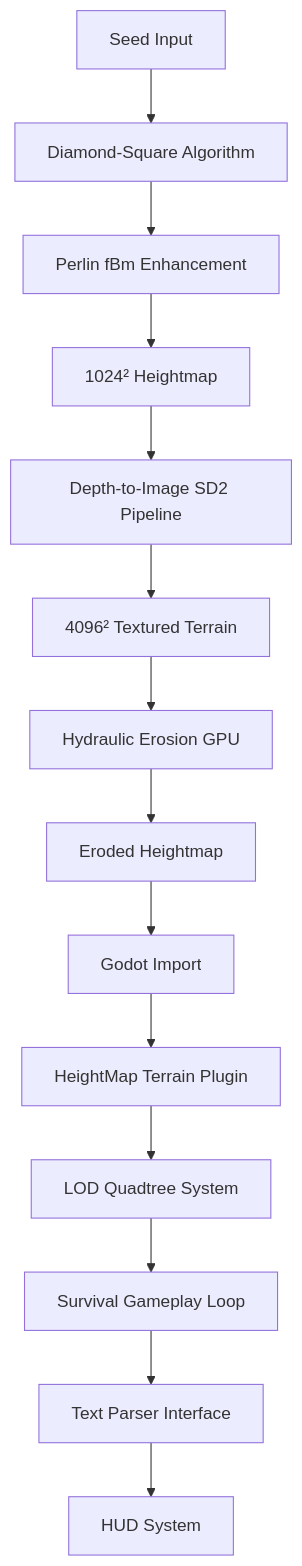
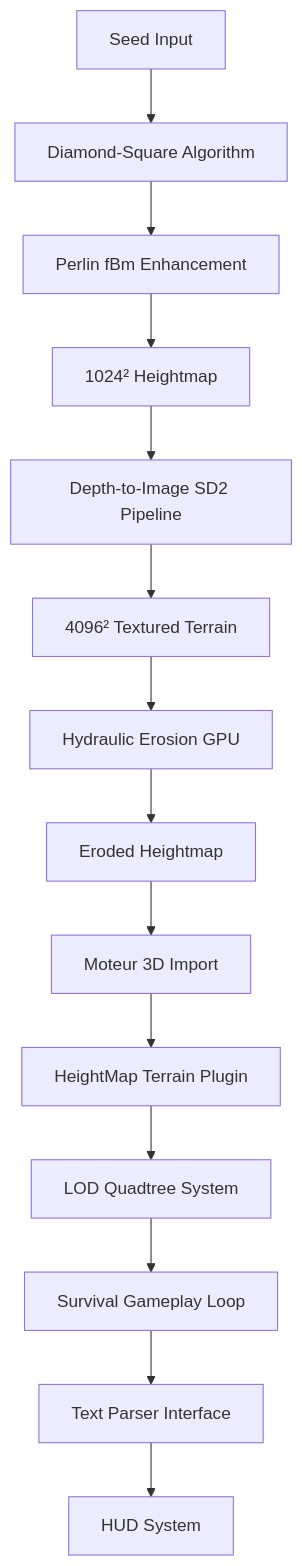
The diagram in AI_CODEBASE_HUB.md (habib256/wilderness), drawn with Mermaid before and after one commit. The commit also changed other lines of this file and 13 other files, not shown here.

````diff
--- a/AI_CODEBASE_HUB.md
+++ b/AI_CODEBASE_HUB.md
@@ -43,20 +43,20 @@
 ```mermaid
 graph TD
     A["Seed Input"] --> B["Diamond-Square Algorithm"]
     B --> C["Perlin fBm Enhancement"]
     C --> D["1024² Heightmap"]
     
     D --> E["Depth-to-Image SD2 Pipeline"]
     E --> F["4096² Textured Terrain"]
     
     F --> G["Hydraulic Erosion GPU"]
     G --> H["Eroded Heightmap"]
     
-    H --> I["Godot Import"]
+    H --> I["Moteur 3D Import"]
     I --> J["HeightMap Terrain Plugin"]
     J --> K["LOD Quadtree System"]
     
     K --> L["Survival Gameplay Loop"]
     L --> M["Text Parser Interface"]
     M --> N["HUD System"]
 ```
````
